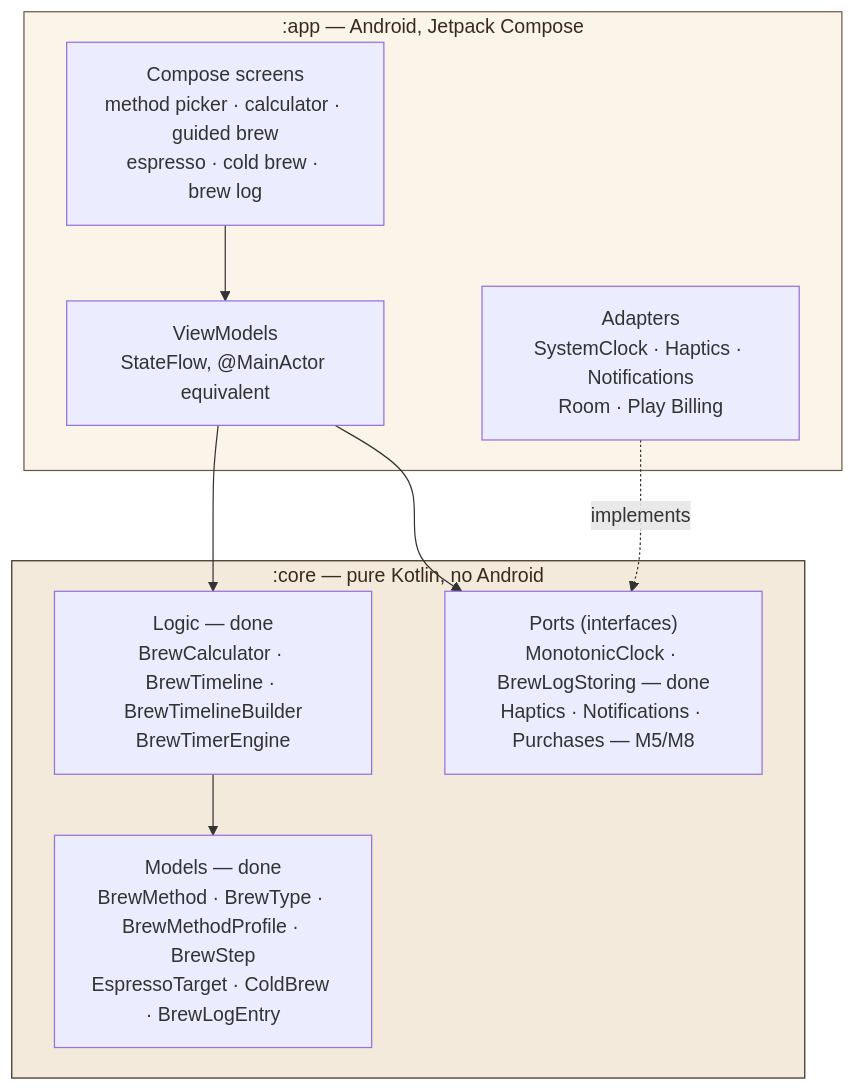
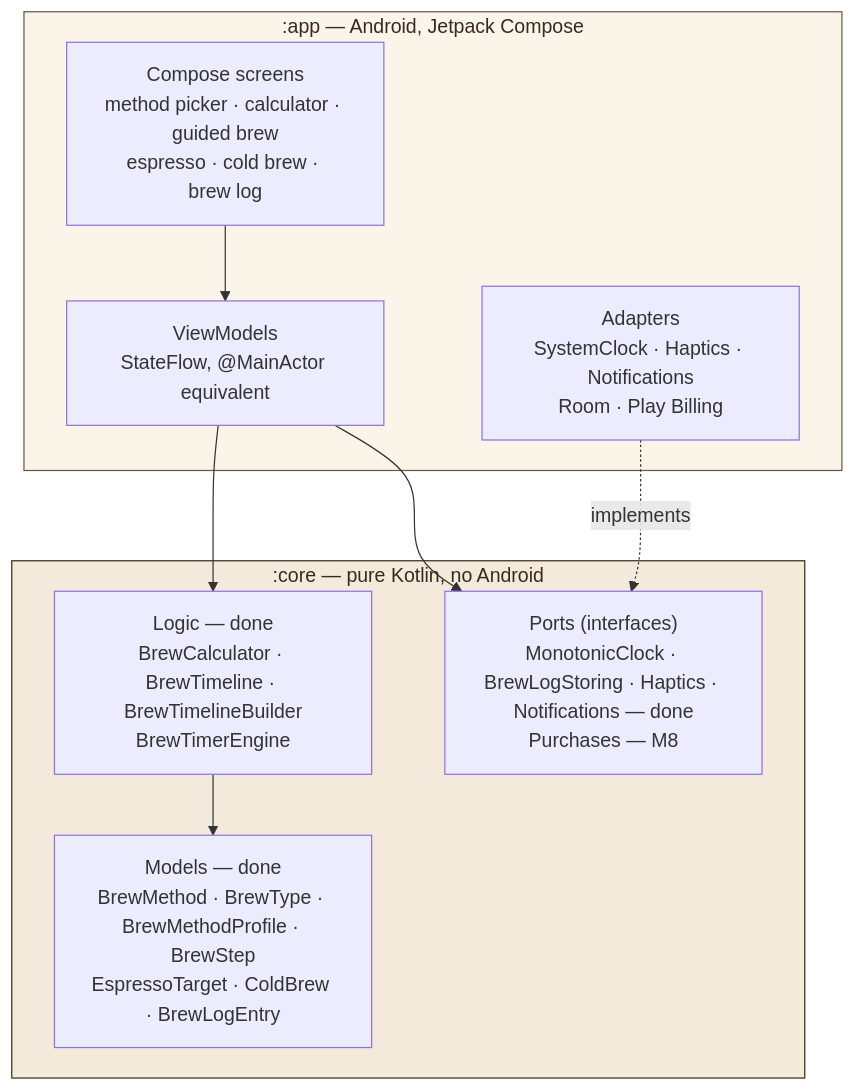
One commit to JayReece313/coffeegrams-android changed the first of 3 diagrams in ARCHITECTURE.md. Above: the diagram before and after it, drawn with Mermaid. The commit also changed other lines of this file and 19 other files, not shown here.

First line of the commit message:
M5: Platform adapters — MonotonicClock, Haptics, Notifications

````diff
--- a/ARCHITECTURE.md
+++ b/ARCHITECTURE.md
@@ -23,23 +27,23 @@
 ```mermaid
 graph TD
     subgraph app[":app — Android, Jetpack Compose"]
         UI["Compose screens<br/>method picker · calculator · guided brew<br/>espresso · cold brew · brew log"]
         VM["ViewModels<br/>StateFlow, @MainActor equivalent"]
         AD["Adapters<br/>SystemClock · Haptics · Notifications<br/>Room · Play Billing"]
     end
 
     subgraph core[":core — pure Kotlin, no Android"]
         M["Models — done<br/>BrewMethod · BrewType · BrewMethodProfile · BrewStep<br/>EspressoTarget · ColdBrew · BrewLogEntry"]
         L["Logic — done<br/>BrewCalculator · BrewTimeline · BrewTimelineBuilder<br/>BrewTimerEngine"]
-        P["Ports (interfaces)<br/>MonotonicClock · BrewLogStoring — done<br/>Haptics · Notifications · Purchases — M5/M8"]
+        P["Ports (interfaces)<br/>MonotonicClock · BrewLogStoring · Haptics · Notifications — done<br/>Purchases — M8"]
     end
 
     UI --> VM
     VM --> L
     VM --> P
     L --> M
     AD -.implements.-> P
 
     style core fill:#F4EADB,stroke:#3A2A1E,color:#3A2A1E
     style app fill:#FBF4E9,stroke:#6B5647,color:#3A2A1E
 ```
````
